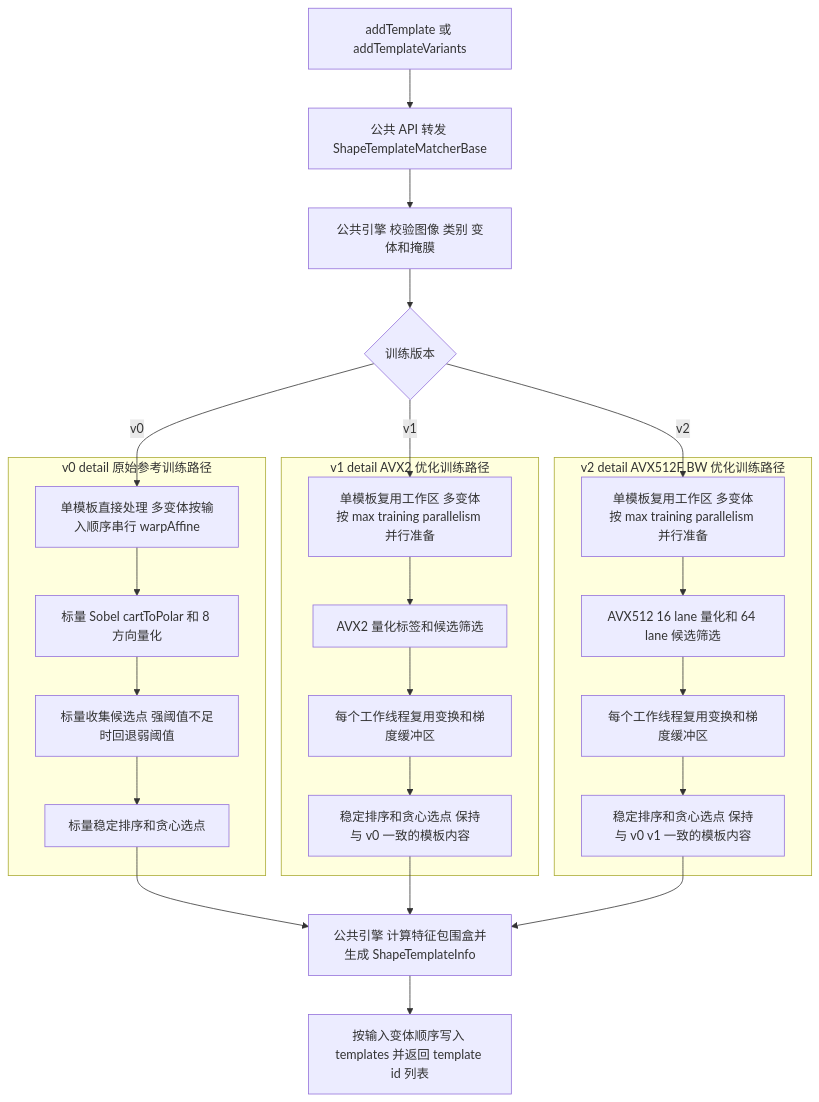
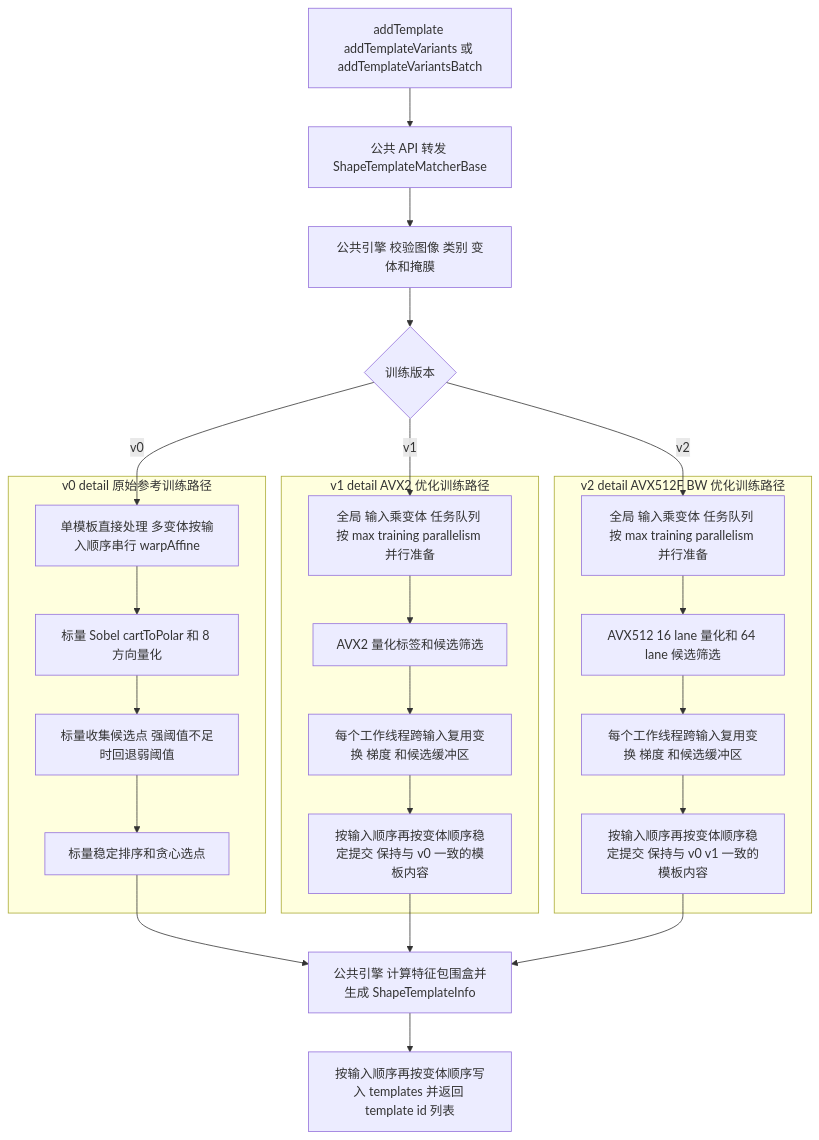
One commit to QWERDF007/InferRT changed the first of 2 diagrams in src/features/ShapeTemplateMatchingFlow.md. Above: the diagram before and after it, drawn with Mermaid. The commit also changed other lines of this file and 11 other files, not shown here.

````diff
--- a/src/features/ShapeTemplateMatchingFlow.md
+++ b/src/features/ShapeTemplateMatchingFlow.md
@@ -95,50 +95,50 @@
 ```mermaid
 graph TB
-    TrainStart["addTemplate 或 addTemplateVariants"];
+    TrainStart["addTemplate addTemplateVariants 或 addTemplateVariantsBatch"];
     TrainApi["公共 API 转发 ShapeTemplateMatcherBase"];
     TrainEngine["公共引擎 校验图像 类别 变体和掩膜"];
     TrainVersion{"训练版本"};
     TrainStart --> TrainApi;
     TrainApi --> TrainEngine;
     TrainEngine --> TrainVersion;
 
     subgraph V0Train["v0 detail 原始参考训练路径"]
         V0Transform["单模板直接处理 多变体按输入顺序串行 warpAffine"];
         V0Gradient["标量 Sobel cartToPolar 和 8 方向量化"];
         V0Candidates["标量收集候选点 强阈值不足时回退弱阈值"];
         V0Select["标量稳定排序和贪心选点"];
         V0Transform --> V0Gradient;
         V0Gradient --> V0Candidates;
         V0Candidates --> V0Select;
     end
 
     subgraph V1Train["v1 detail AVX2 优化训练路径"]
-        V1Workspace["单模板复用工作区 多变体按 max training parallelism 并行准备"];
+        V1Workspace["全局 输入乘变体 任务队列 按 max training parallelism 并行准备"];
         V1Candidates["AVX2 量化标签和候选筛选"];
-        V1Buffers["每个工作线程复用变换和梯度缓冲区"];
-        V1Select["稳定排序和贪心选点 保持与 v0 一致的模板内容"];
+        V1Buffers["每个工作线程跨输入复用变换 梯度 和候选缓冲区"];
+        V1Select["按输入顺序再按变体顺序稳定提交 保持与 v0 一致的模板内容"];
         V1Workspace --> V1Candidates;
         V1Candidates --> V1Buffers;
         V1Buffers --> V1Select;
     end
 
     subgraph V2Train["v2 detail AVX512F BW 优化训练路径"]
-        V2Workspace["单模板复用工作区 多变体按 max training parallelism 并行准备"];
+        V2Workspace["全局 输入乘变体 任务队列 按 max training parallelism 并行准备"];
         V2Candidates["AVX512 16 lane 量化和 64 lane 候选筛选"];
-        V2Buffers["每个工作线程复用变换和梯度缓冲区"];
-        V2Select["稳定排序和贪心选点 保持与 v0 v1 一致的模板内容"];
+        V2Buffers["每个工作线程跨输入复用变换 梯度 和候选缓冲区"];
+        V2Select["按输入顺序再按变体顺序稳定提交 保持与 v0 v1 一致的模板内容"];
         V2Workspace --> V2Candidates;
         V2Candidates --> V2Buffers;
         V2Buffers --> V2Select;
     end
 
     TrainVersion -->|v0| V0Transform;
     TrainVersion -->|v1| V1Workspace;
     TrainVersion -->|v2| V2Workspace;
     TrainInfo["公共引擎 计算特征包围盒并生成 ShapeTemplateInfo"];
-    TrainStore["按输入变体顺序写入 templates 并返回 template id 列表"];
+    TrainStore["按输入顺序再按变体顺序写入 templates 并返回 template id 列表"];
     V0Select --> TrainInfo;
     V1Select --> TrainInfo;
     V2Select --> TrainInfo;
     TrainInfo --> TrainStore;
 ```
````
